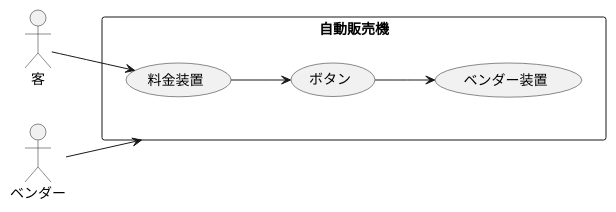
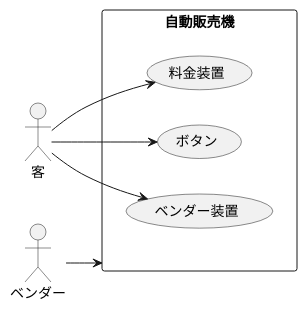
The diagram in 演習6-4-2_ユースケース図_自動販売機.pu (orenouserNamehaKawamura1/uml-introduction), drawn with PlantUML before and after one commit.

Commit message:
6-4-2修正

```diff
--- a/演習6-4-2_ユースケース図_自動販売機.pu
+++ b/演習6-4-2_ユースケース図_自動販売機.pu
@@ -1,14 +1,14 @@
 @startuml
 left to right direction
 actor 客 as customer
 actor ベンダー as bender
 rectangle 自動販売機 {
     usecase 料金装置
     usecase ボタン
     usecase ベンダー装置
 }
 customer --> 料金装置 
-料金装置 --> ボタン
-ボタン --> ベンダー装置 
+customer --> ボタン
+customer --> ベンダー装置 
 bender --> 自動販売機
 @enduml
```
